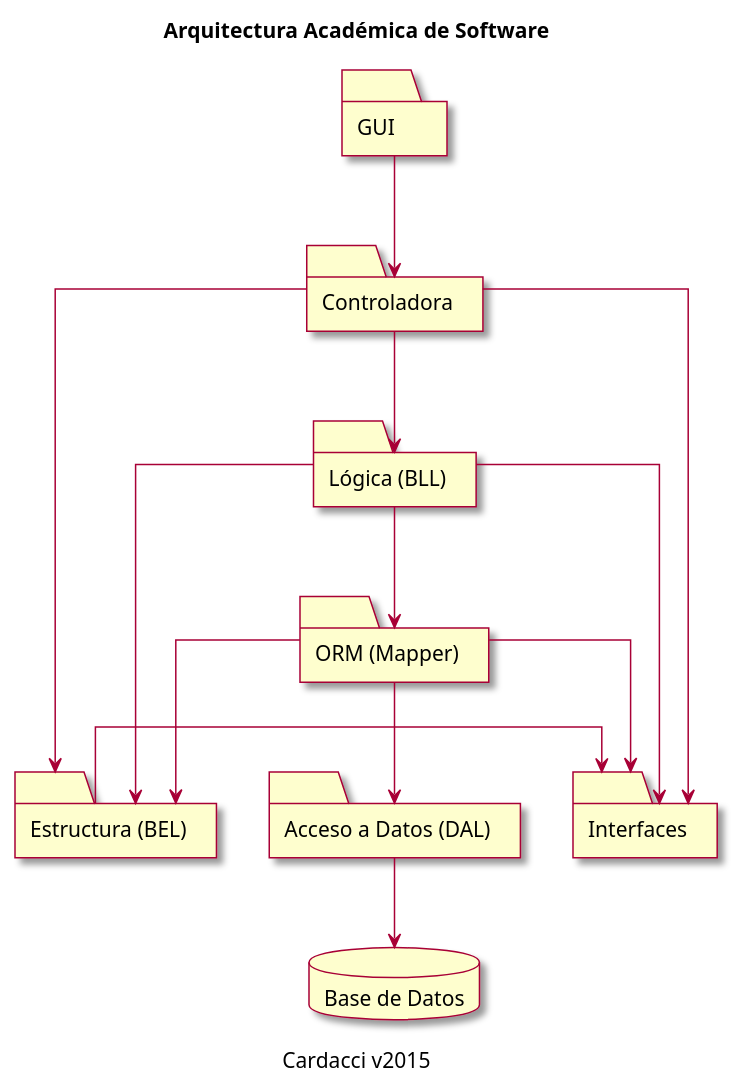
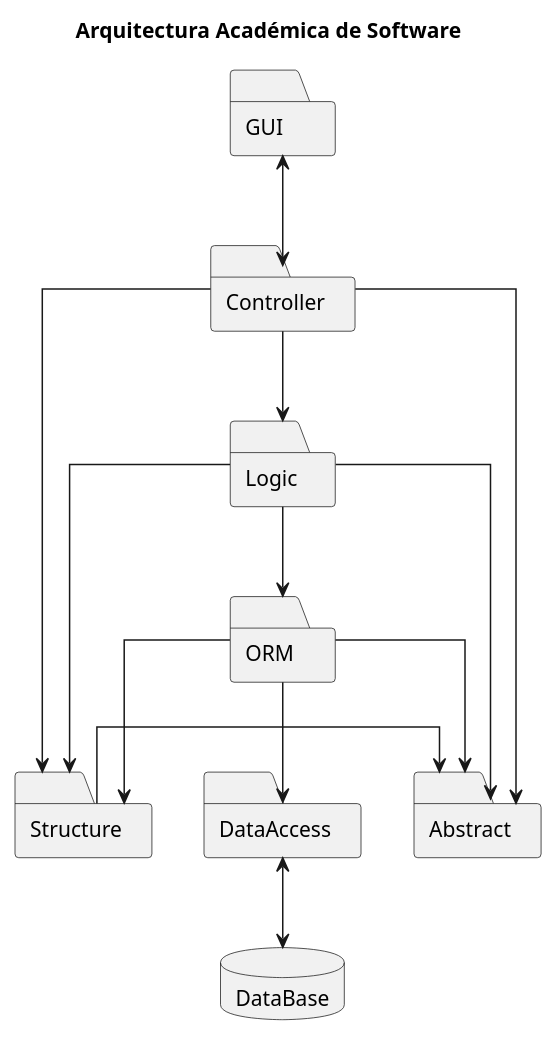
One commit to zherar7ordoya/AP6 changed the diagram in Achieve/Arquitectura Académica de Software/Arquitectura Cardacci (v2015).puml. Above: the diagram before and after it, drawn with PlantUML. The commit also changed 34 other files, not shown here.

```diff
--- a/Achieve/Arquitectura Académica de Software/Arquitectura Cardacci (v2015).puml
+++ b/Achieve/Arquitectura Académica de Software/Arquitectura Cardacci (v2015).puml
@@ -1,73 +1,85 @@
-@startuml UML y Patrones (Craig Larman)
+@startuml Arquitectura Cardacci v2015
 
 ' =========================================
 ' Author:       Gerardo Tordoya
 ' Create date:  2023-01-31
+' Update date:  2023-03-19
 ' Description:  Arquitectura Cardacci v2015
 ' =========================================
 
 
-' --- CONFIGURACION DEL DIAGRAMA -----------------------------------------------
+' --- CONFIGURACION DEL DIAGRAMA (Tipo: Diagrama de Clases) --------------------
 
-skin rose
+' skin rose
 ' skinparam classFontName Calibri
 ' skinparam shadowing false
 ' hide circle
 skinparam linetype ortho
 
+
 ' --- TITULO DEL DIAGRAMA ------------------------------------------------------
 
 title Arquitectura Académica de Software
 
+
 ' --- ENTIDADES ----------------------------------------------------------------
 
 package GUI <<Folder>> {
-
-}
-package Controladora <<Folder>> {
-
-}
-package "Estructura (BEL)" <<Folder>> {
-
-}
-package Interfaces <<Folder>> {
-
-}
-package "Lógica (BLL)" <<Folder>> {
-
-}
-package "ORM (Mapper)" <<Folder>> {
-
-}
-package "Acceso a Datos (DAL)" <<Folder>> {
-
 }
 
-package "Base de Datos" <<Database>> {
 
+package Controller <<Folder>> {
+}
+
+
+package Structure <<Folder>> {
+}
+
+
+package Abstract <<Folder>> {
+}
+
+
+package Logic <<Folder>> {
+}
+
+
+package ORM <<Folder>> {
+}
+
+
+package DataAccess <<Folder>> {
+}
+
+
+package DataBase <<Database>> {
 }
 
 
 ' --- RELACIONES ---------------------------------------------------------------
 
-GUI                     --> Controladora
-Controladora            --> "Lógica (BLL)"
-"Lógica (BLL)"          --> "ORM (Mapper)"
-"ORM (Mapper)"          --> "Acceso a Datos (DAL)"
-"Acceso a Datos (DAL)"  --> "Base de Datos"
+GUI        <--> Controller
 
-"Estructura (BEL)"  -> Interfaces
+Controller  --> Structure
+Controller  --> Logic
+Controller  --> Abstract
 
-Controladora        --> "Estructura (BEL)"
-Controladora        --> Interfaces
-"Lógica (BLL)"      --> Interfaces
-"Lógica (BLL)"      --> "Estructura (BEL)"
-"ORM (Mapper)"      --> Interfaces
-"ORM (Mapper)"      --> "Estructura (BEL)"
+Logic       --> Structure
+Logic       --> ORM
+Logic       --> Abstract
+
+ORM         --> Structure
+ORM         --> DataAccess
+ORM         --> Abstract
+
+Structure    -> Abstract
+
+DataAccess <--> DataBase
 
 
 ' --- PIE DE DIAGRAMA ----------------------------------------------------------
 
-caption Cardacci v2015
+' caption Cardacci v2015
+
 
 @enduml
```
